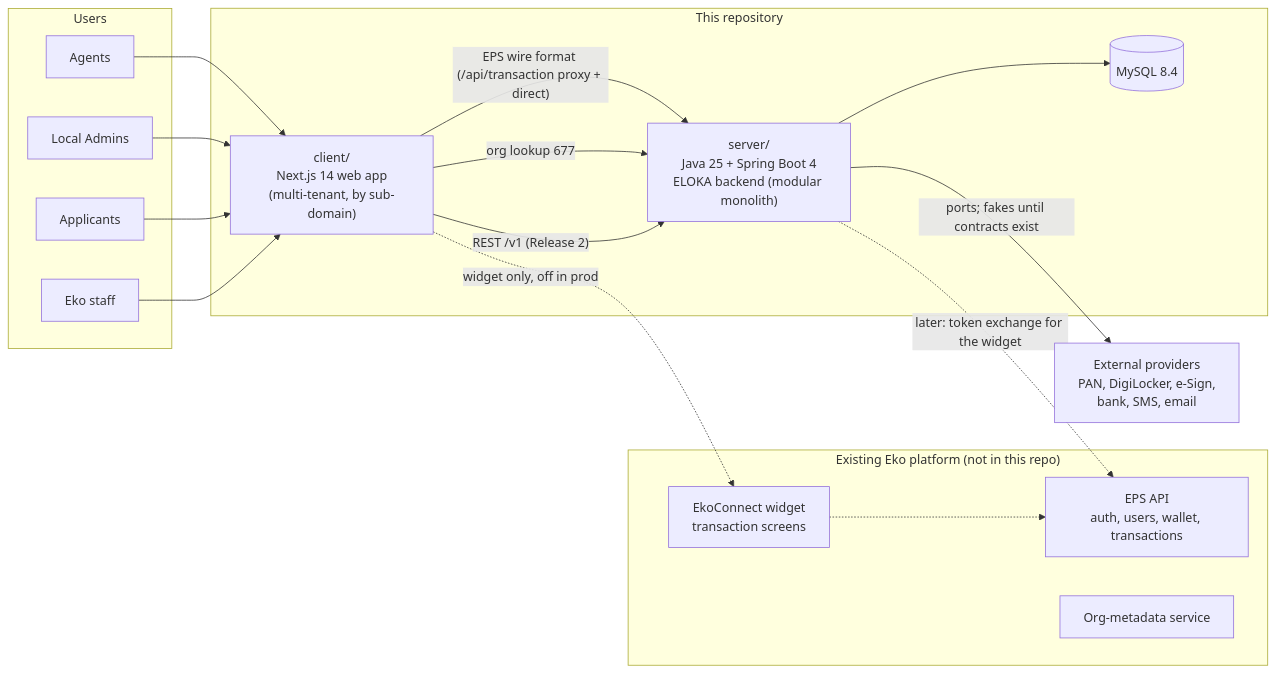
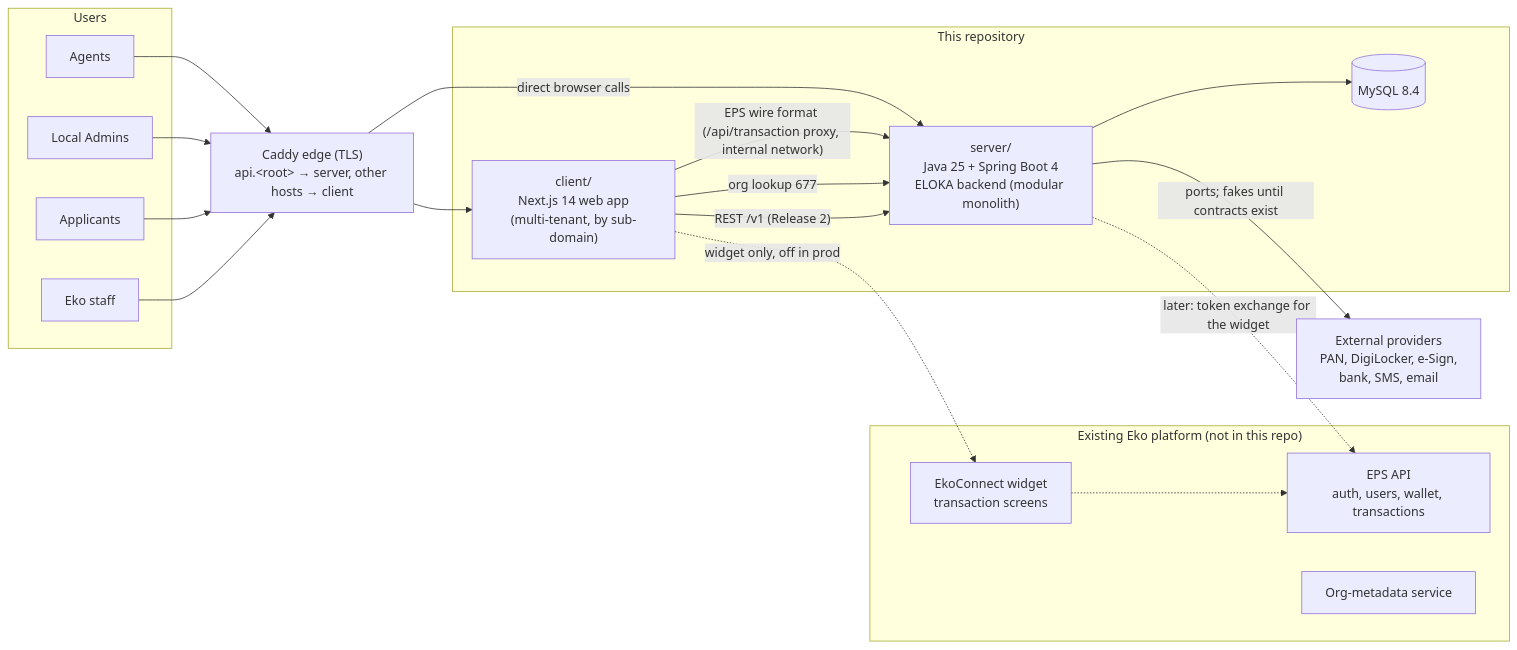
One commit to sourya-07/eloka changed the first of 3 diagrams in docs/ARCHITECTURE_OVERVIEW.md. Above: the diagram before and after it, drawn with Mermaid. The commit also changed other lines of this file and 50 other files, not shown here.

````diff
--- a/docs/ARCHITECTURE_OVERVIEW.md
+++ b/docs/ARCHITECTURE_OVERVIEW.md
@@ -19,34 +19,37 @@
 ```mermaid
 flowchart LR
     subgraph Users
         AG[Agents]
         LA[Local Admins]
         AP[Applicants]
         ST[Eko staff]
     end
 
     subgraph Repo["This repository"]
         C["client/<br/>Next.js 14 web app<br/>(multi-tenant, by sub-domain)"]
         S["server/<br/>Java 25 + Spring Boot 4<br/>ELOKA backend (modular monolith)"]
         DB[(MySQL 8.4)]
     end
 
     subgraph Eko["Existing Eko platform (not in this repo)"]
         EPS[EPS API<br/>auth, users, wallet, transactions]
         META[Org-metadata service]
         W[EkoConnect widget<br/>transaction screens]
     end
 
     EXT[External providers<br/>PAN, DigiLocker, e-Sign,<br/>bank, SMS, email]
 
-    AG & LA --> C
-    AP & ST --> C
-    C -->|"EPS wire format (/api/transaction proxy + direct)"| S
+    EDGE["Caddy edge (TLS)<br/>api.&lt;root&gt; → server, other hosts → client"]
+    AG & LA --> EDGE
+    AP & ST --> EDGE
+    EDGE --> C
+    EDGE -->|"direct browser calls"| S
+    C -->|"EPS wire format (/api/transaction proxy, internal network)"| S
     C -->|"org lookup 677"| S
     C -.->|"widget only, off in prod"| W
     W -.-> EPS
     C -->|"REST /v1 (Release 2)"| S
     S --> DB
     S -.->|"later: token exchange for the widget"| EPS
     S -->|"ports; fakes until contracts exist"| EXT
 ```
````
